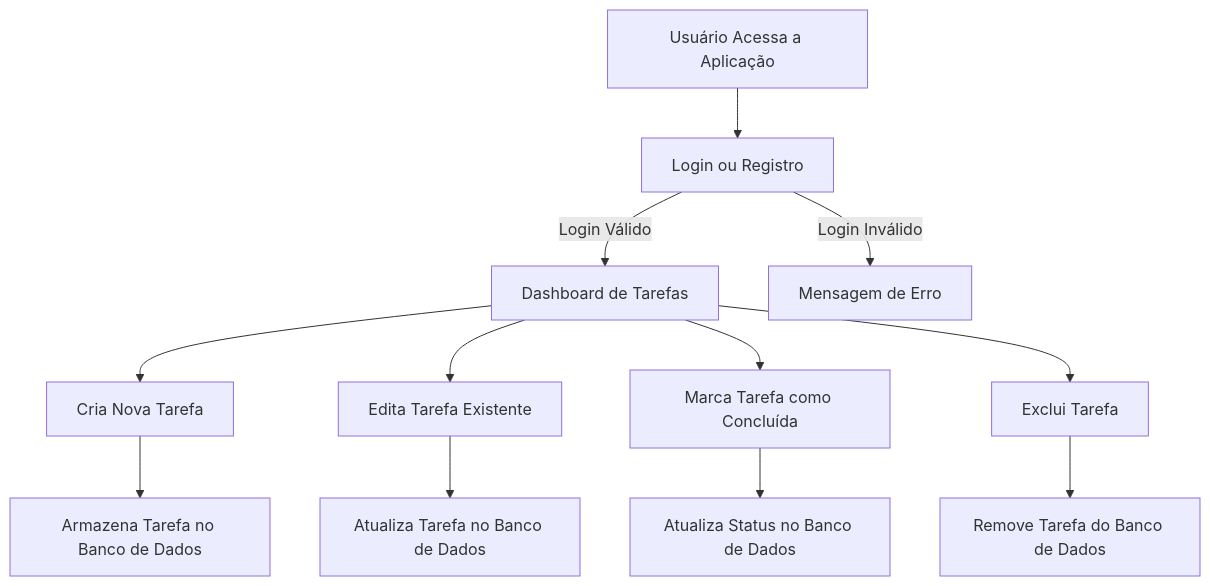
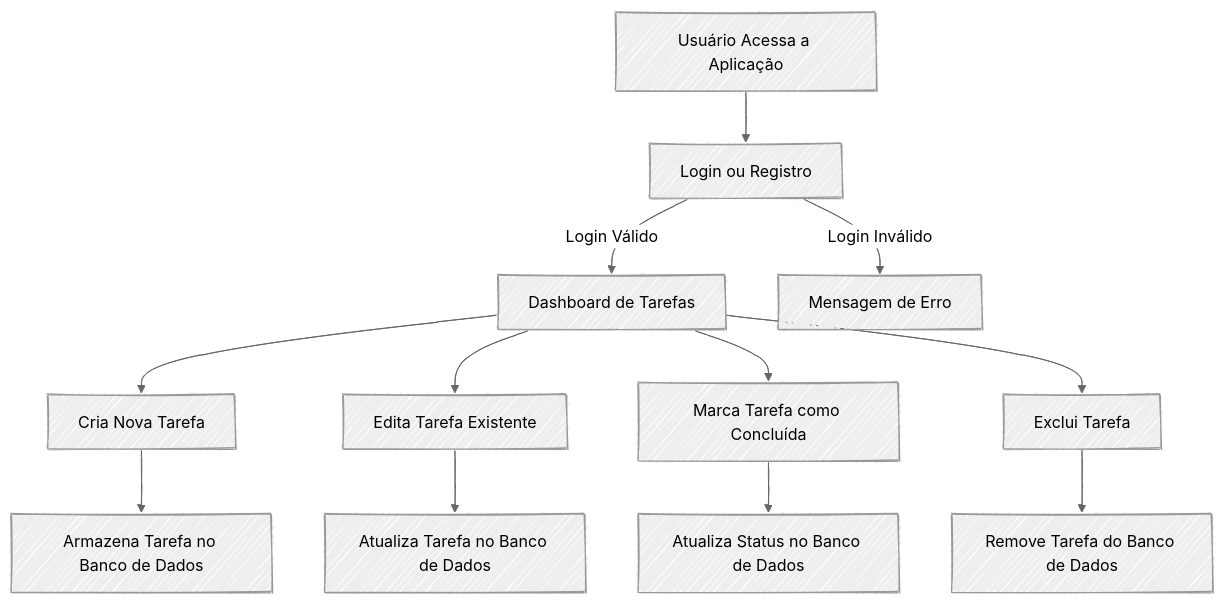
Before and after one commit to MestreWalla/SENAI_SEMESTRE_4: the third of 4 diagrams in NodeJS/projetoToDoList/README.md, drawn with Mermaid. The commit also changed other lines of this file, not shown here.

````diff
--- a/NodeJS/projetoToDoList/README.md
+++ b/NodeJS/projetoToDoList/README.md
@@ -169,14 +182,19 @@
 ```mermaid
+---
+config:
+  look: handDrawn
+  theme: neutral
+---
 flowchart TD
     A[Usuário Acessa a Aplicação] --> B[Login ou Registro]
     B -->|Login Válido| C[Dashboard de Tarefas]
     B -->|Login Inválido| D[Mensagem de Erro]
     C --> E[Cria Nova Tarefa]
     E --> F[Armazena Tarefa no Banco de Dados]
     C --> G[Edita Tarefa Existente]
     G --> H[Atualiza Tarefa no Banco de Dados]
     C --> I[Marca Tarefa como Concluída]
     I --> J[Atualiza Status no Banco de Dados]
     C --> K[Exclui Tarefa]
     K --> L[Remove Tarefa do Banco de Dados]
 ```
````
